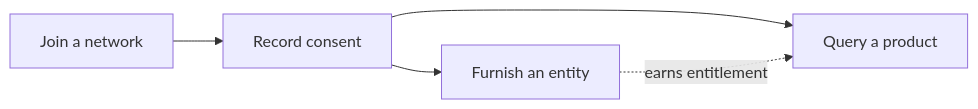
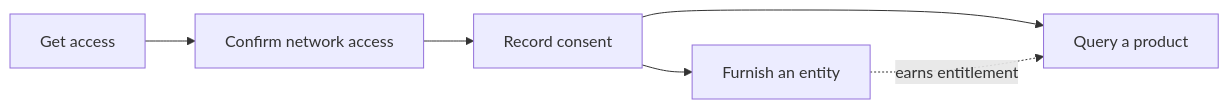
One commit to solo-finance/docs changed the diagram in home/quickstart.mdx. Above: the diagram before and after it, drawn with Mermaid. The commit also changed other lines of this file and 190 other files, not shown here.

````diff
--- a/home/quickstart.mdx
+++ b/home/quickstart.mdx
@@ -37,7 +92,8 @@
 ```mermaid
 flowchart LR
-    Join[Join a network] --> Consent[Record consent]
+    Access[Get access] --> Join[Confirm network access]
+    Join --> Consent[Record consent]
     Consent --> Furnish[Furnish an entity]
     Consent --> Query[Query a product]
     Furnish -.earns entitlement.-> Query
 ```
````
